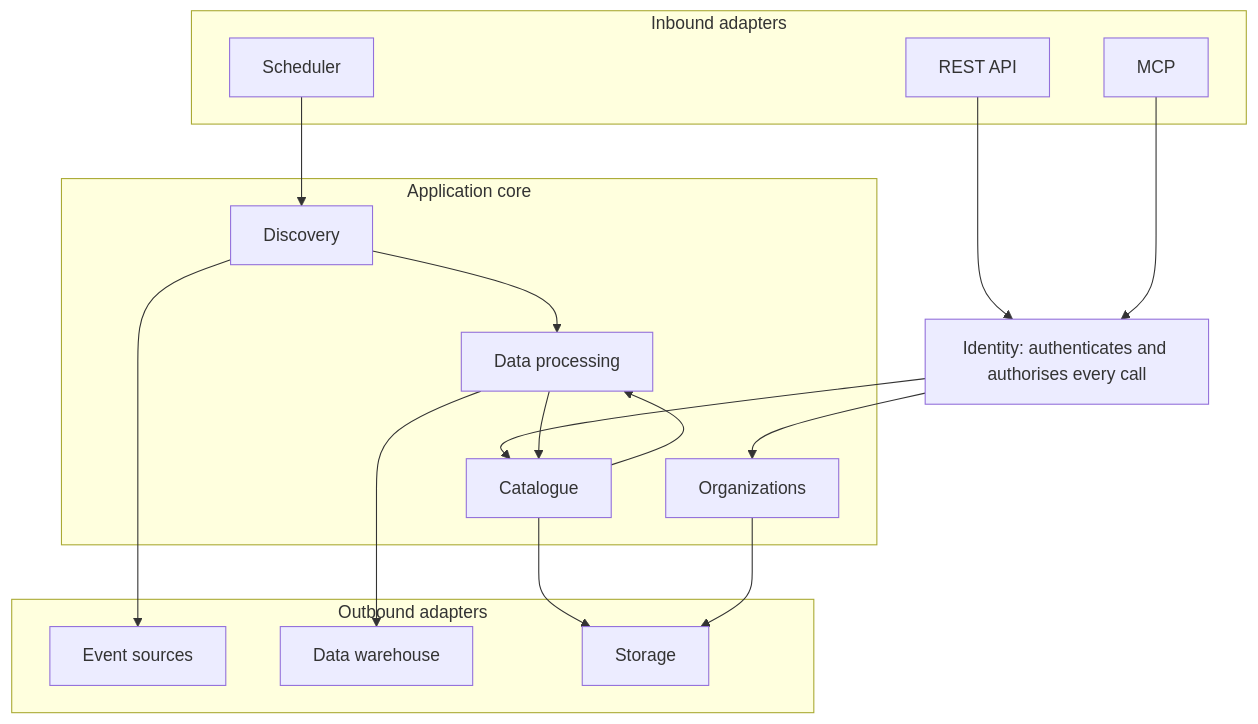
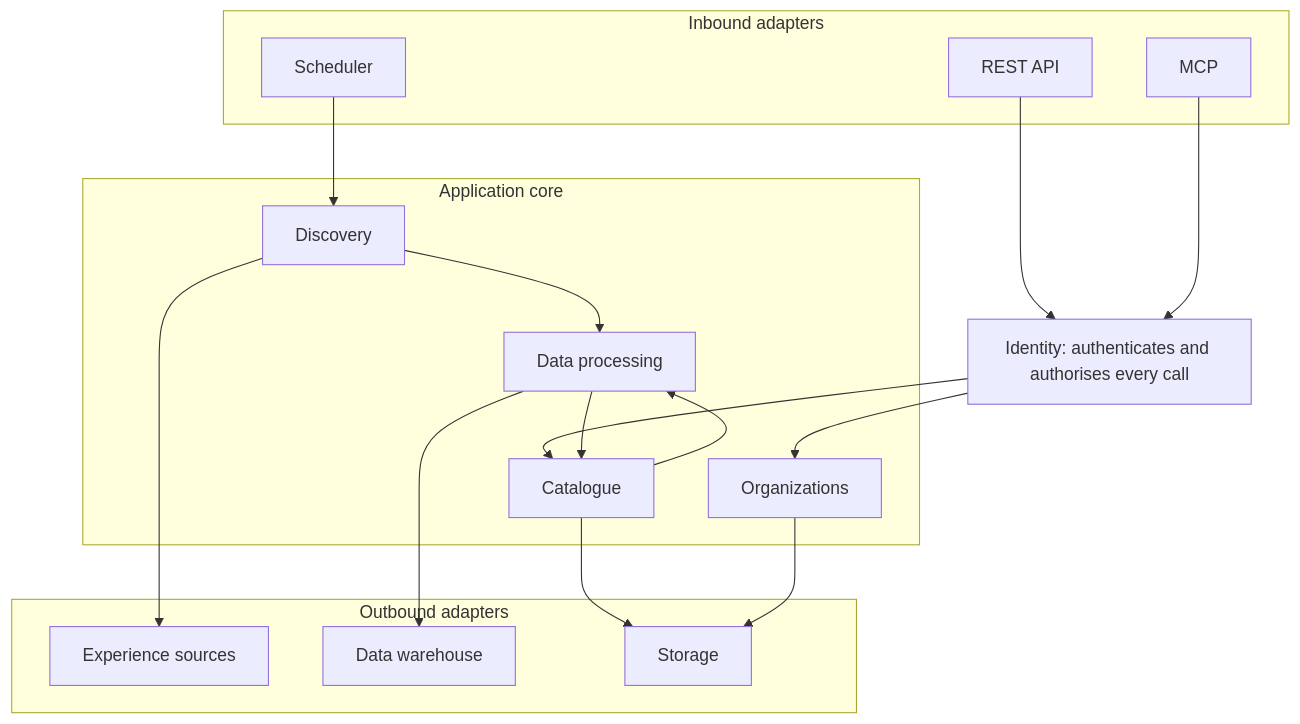
Before and after one commit to mdwt/magic-events: the diagram in docs/spec-rev1-domains.md, drawn with Mermaid. The commit also changed other lines of this file, not shown here.

First line of the commit message:
Spec: call the thing travellers go to an experience; event is for domain events

````diff
--- a/docs/spec-rev1-domains.md
+++ b/docs/spec-rev1-domains.md
@@ -83,32 +83,32 @@
 ```mermaid
 flowchart TB
   subgraph Inbound adapters
     SCH[Scheduler]
     REST[REST API]
     MCP[MCP]
   end
   ID[Identity: authenticates and authorises every call]
   subgraph Application core
     DIS[Discovery]
     DP[Data processing]
     CAT[Catalogue]
     ORG[Organizations]
   end
   subgraph Outbound adapters
-    SRC[Event sources]
+    SRC[Experience sources]
     DW[Data warehouse]
     STO[Storage]
   end
   REST --> ID
   MCP --> ID
   ID --> CAT
   ID --> ORG
   SCH --> DIS
   DIS --> DP
   DP --> CAT
   CAT --> DP
   DIS --> SRC
   DP --> DW
   CAT --> STO
   ORG --> STO
 ```
````
